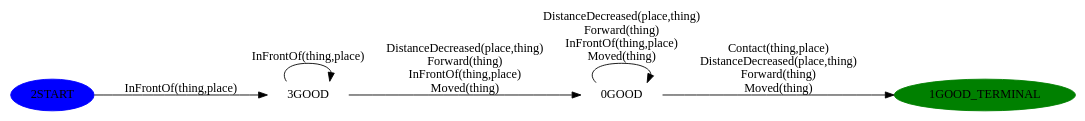
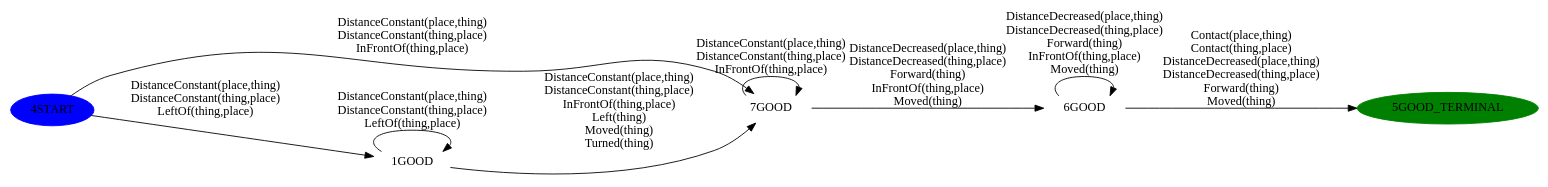
Before and after one commit to Kenkoko/ua-ros-pkg: the diagram in arrg/ua_experimental/verb_learning/verbs/go/dfa.dot, drawn with Graphviz. The commit also changed 29 other files, not shown here.

```diff
--- a/arrg/ua_experimental/verb_learning/verbs/go/dfa.dot
+++ b/arrg/ua_experimental/verb_learning/verbs/go/dfa.dot
@@ -1,12 +1,16 @@
 digraph G { 
 	graph [ rankdir=LR ]; 
-	"3" [label="3GOOD",style="filled",color="white",fontcolor="black"];
-	"3" -> "3" [label="InFrontOf(thing,place)"] ;
-	"3" -> "0" [label="DistanceDecreased(place,thing)\nForward(thing)\nInFrontOf(thing,place)\nMoved(thing)"] ;
-	"1" [label="1GOOD_TERMINAL",style="filled",color="green",fontcolor="black"];
-	"2" [label="2START",style="filled",color="blue",fontcolor="black"];
-	"2" -> "3" [label="InFrontOf(thing,place)"] ;
-	"0" [label="0GOOD",style="filled",color="white",fontcolor="black"];
-	"0" -> "1" [label="Contact(thing,place)\nDistanceDecreased(place,thing)\nForward(thing)\nMoved(thing)"] ;
-	"0" -> "0" [label="DistanceDecreased(place,thing)\nForward(thing)\nInFrontOf(thing,place)\nMoved(thing)"] ;
+	"7" [label="7GOOD",style="filled",color="white",fontcolor="black"];
+	"7" -> "7" [label="DistanceConstant(place,thing)\nDistanceConstant(thing,place)\nInFrontOf(thing,place)"] ;
+	"7" -> "6" [label="DistanceDecreased(place,thing)\nDistanceDecreased(thing,place)\nForward(thing)\nInFrontOf(thing,place)\nMoved(thing)"] ;
+	"5" [label="5GOOD_TERMINAL",style="filled",color="green",fontcolor="black"];
+	"4" [label="4START",style="filled",color="blue",fontcolor="black"];
+	"4" -> "7" [label="DistanceConstant(place,thing)\nDistanceConstant(thing,place)\nInFrontOf(thing,place)"] ;
+	"4" -> "1" [label="DistanceConstant(place,thing)\nDistanceConstant(thing,place)\nLeftOf(thing,place)"] ;
+	"6" [label="6GOOD",style="filled",color="white",fontcolor="black"];
+	"6" -> "5" [label="Contact(place,thing)\nContact(thing,place)\nDistanceDecreased(place,thing)\nDistanceDecreased(thing,place)\nForward(thing)\nMoved(thing)"] ;
+	"6" -> "6" [label="DistanceDecreased(place,thing)\nDistanceDecreased(thing,place)\nForward(thing)\nInFrontOf(thing,place)\nMoved(thing)"] ;
+	"1" [label="1GOOD",style="filled",color="white",fontcolor="black"];
+	"1" -> "7" [label="DistanceConstant(place,thing)\nDistanceConstant(thing,place)\nInFrontOf(thing,place)\nLeft(thing)\nMoved(thing)\nTurned(thing)"] ;
+	"1" -> "1" [label="DistanceConstant(place,thing)\nDistanceConstant(thing,place)\nLeftOf(thing,place)"] ;
 }
```
